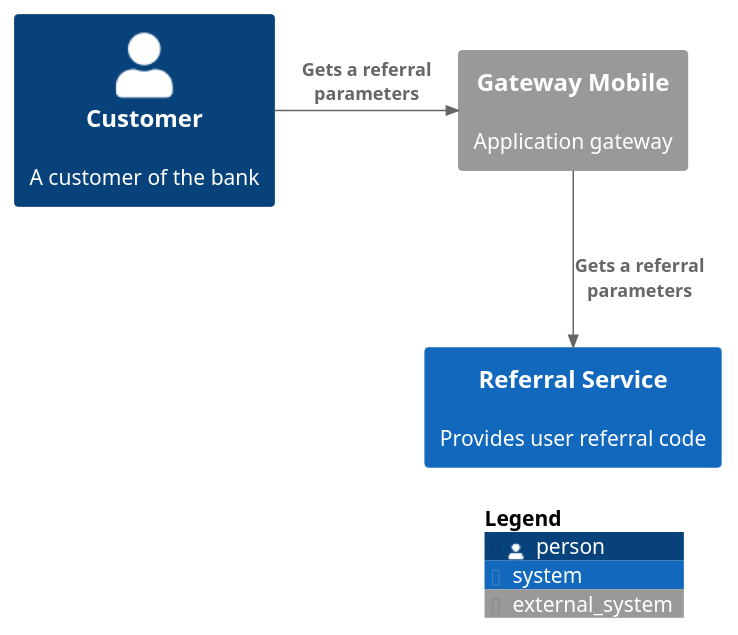
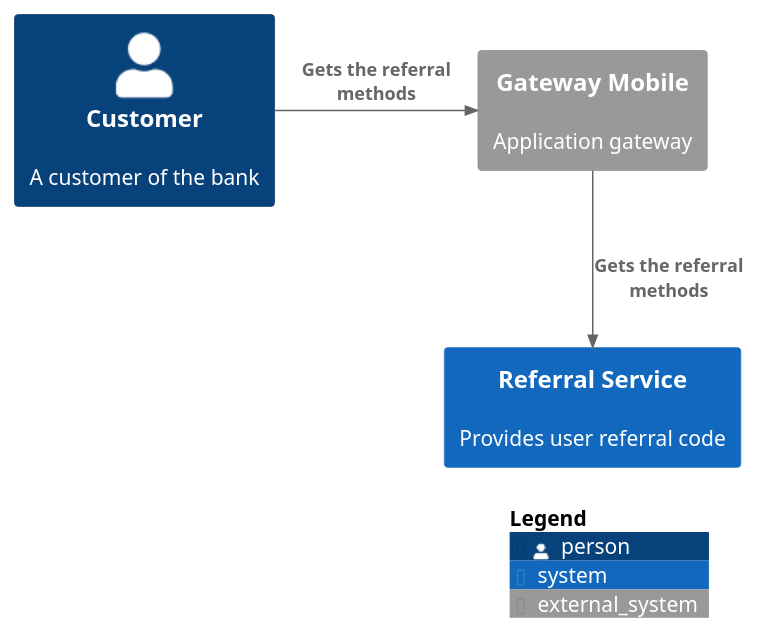
The diagram in docs/architecture/referral-methods/find-referral-method.context.c4m.puml (ericoalmeida/referral-service), drawn with PlantUML before and after one commit.

Commit message:
docs: fix terms

```diff
--- a/docs/architecture/referral-methods/find-referral-method.context.c4m.puml
+++ b/docs/architecture/referral-methods/find-referral-method.context.c4m.puml
@@ -1,13 +1,13 @@
 @startuml Context
 !include https://raw.githubusercontent.com/plantuml-stdlib/C4-PlantUML/master/C4_Container.puml
 
 Person(bankingCustomer, "Customer", "A customer of the bank")
 System_Ext(gatewayMobile, "Gateway Mobile", "Application gateway")
 System(referralService, "Referral Service", "Provides user referral code")
 
-Rel_R(bankingCustomer, gatewayMobile, "Gets a referral parameters")
-Rel(gatewayMobile, referralService, "Gets a referral parameters")
+Rel_R(bankingCustomer, gatewayMobile, "Gets the referral methods")
+Rel(gatewayMobile, referralService, "Gets the referral methods")
 
 SHOW_LEGEND()
 
 @enduml
```
